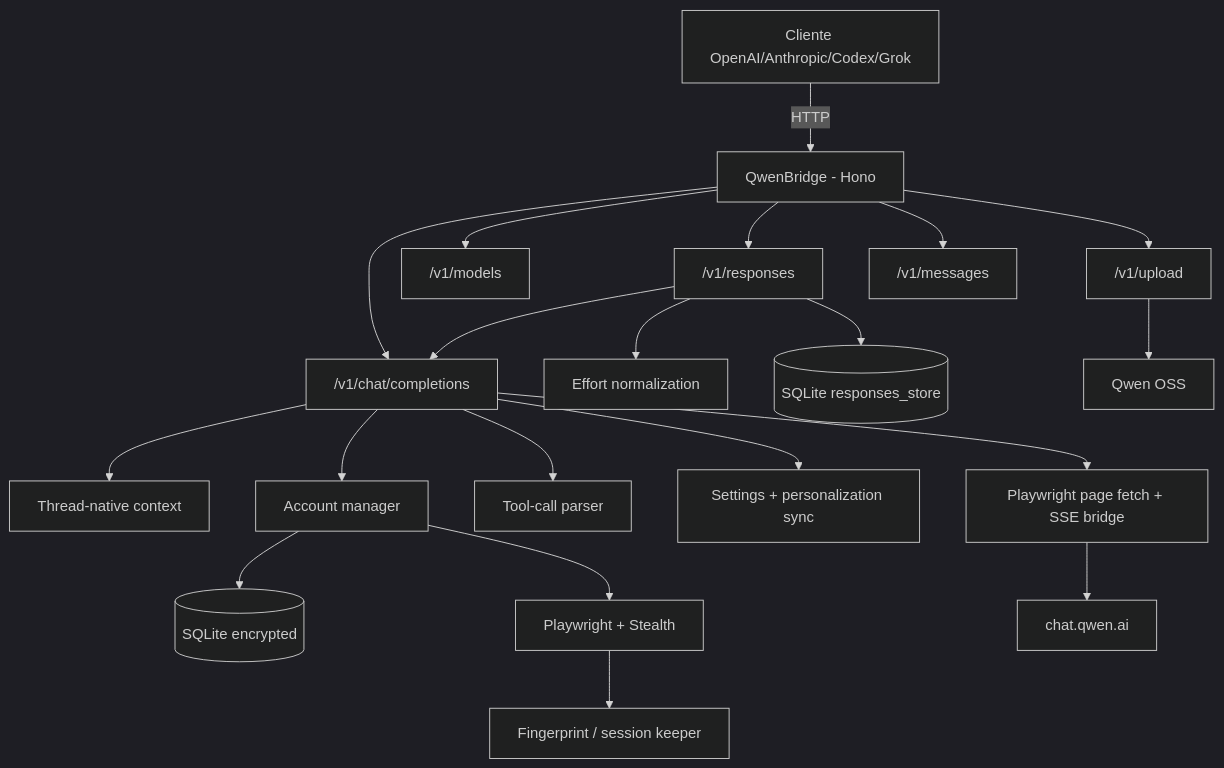
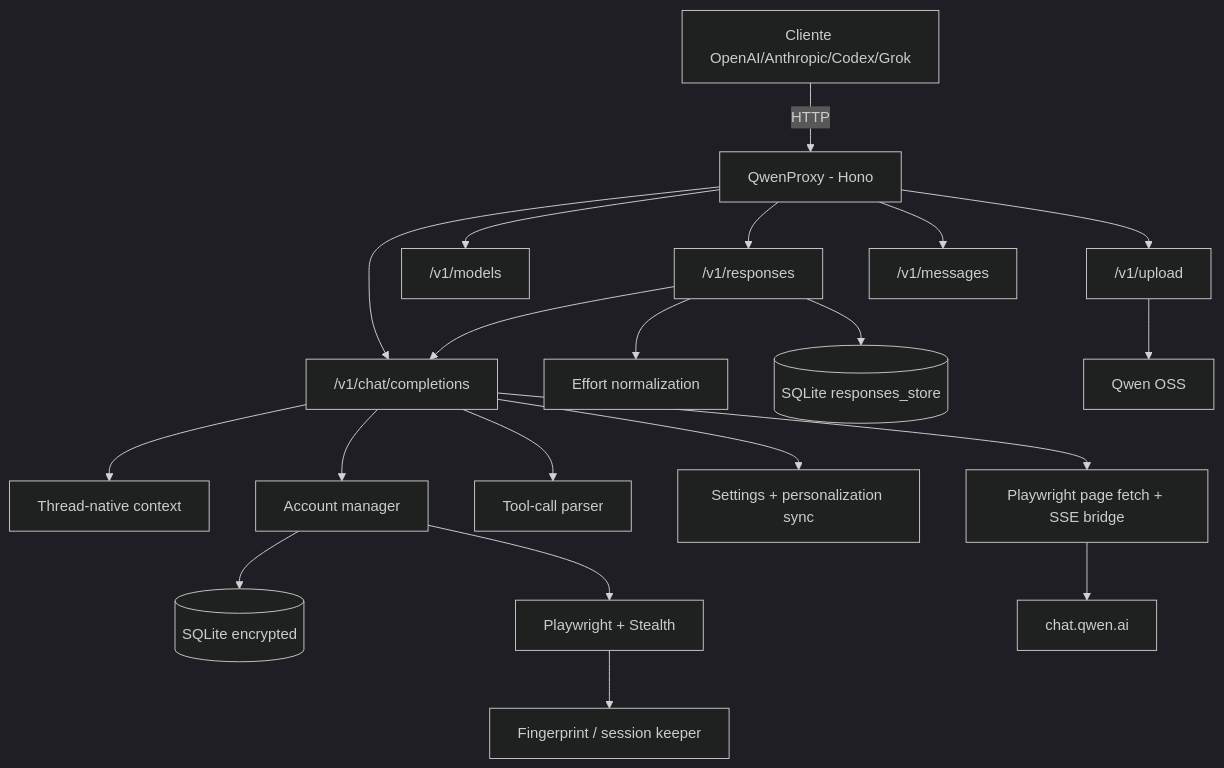
The diagram in README.md (johngbl/qwenproxy), drawn with Mermaid (dark theme) before and after one commit. The commit also changed other lines of this file and 21 other files, not shown here.

Commit message:
Rename QwenBridge to QwenProxy in docs and scripts; drop copyright banners

````diff
--- a/README.md
+++ b/README.md
@@ -39,22 +39,22 @@
 ```mermaid
 flowchart TD
-    Client["Cliente OpenAI/Anthropic/Codex/Grok"] -->|HTTP| Proxy["QwenBridge - Hono"]
+    Client["Cliente OpenAI/Anthropic/Codex/Grok"] -->|HTTP| Proxy["QwenProxy - Hono"]
     Proxy --> Chat["/v1/chat/completions"]
     Proxy --> Responses["/v1/responses"]
     Proxy --> Models["/v1/models"]
     Proxy --> Upload["/v1/upload"]
     Proxy --> Anthropic["/v1/messages"]
     Chat --> Context["Thread-native context"]
     Responses --> Chat
     Responses --> Effort["Effort normalization"]
     Responses --> State[("SQLite responses_store")]
     Chat --> Accounts["Account manager"]
     Accounts --> DB[("SQLite encrypted")]
     Accounts --> Playwright["Playwright + Stealth"]
     Playwright --> Fingerprint["Fingerprint / session keeper"]
     Chat --> Parser["Tool-call parser"]
     Chat --> Personalization["Settings + personalization sync"]
     Chat --> BrowserTransport["Playwright page fetch + SSE bridge"]
     BrowserTransport --> Qwen["chat.qwen.ai"]
     Upload --> OSS["Qwen OSS"]
 ```
````
